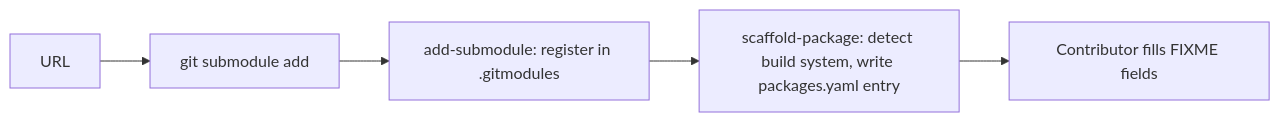
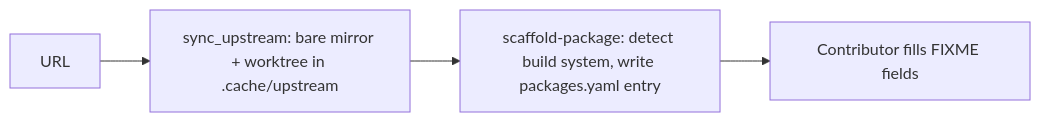
One commit to nett00n/hyprland-copr changed the diagram in docs/features/COPR-0001-add-package-from-url.md. Above: the diagram before and after it, drawn with Mermaid. The commit also changed other lines of this file and 50 other files, not shown here.

Commit message:
Replace git submodules with a disposable upstream mirror cache #COPR-0004

````diff
--- a/docs/features/COPR-0001-add-package-from-url.md
+++ b/docs/features/COPR-0001-add-package-from-url.md
@@ -20,6 +20,6 @@
 ```mermaid
 flowchart LR
-  U[URL] --> S[git submodule add] --> R[add-submodule: register in .gitmodules]
-  R --> C[scaffold-package: detect build system, write packages.yaml entry]
+  U[URL] --> S[sync_upstream: bare mirror + worktree in .cache/upstream]
+  S --> C[scaffold-package: detect build system, write packages.yaml entry]
   C --> F[Contributor fills FIXME fields]
 ```
````
